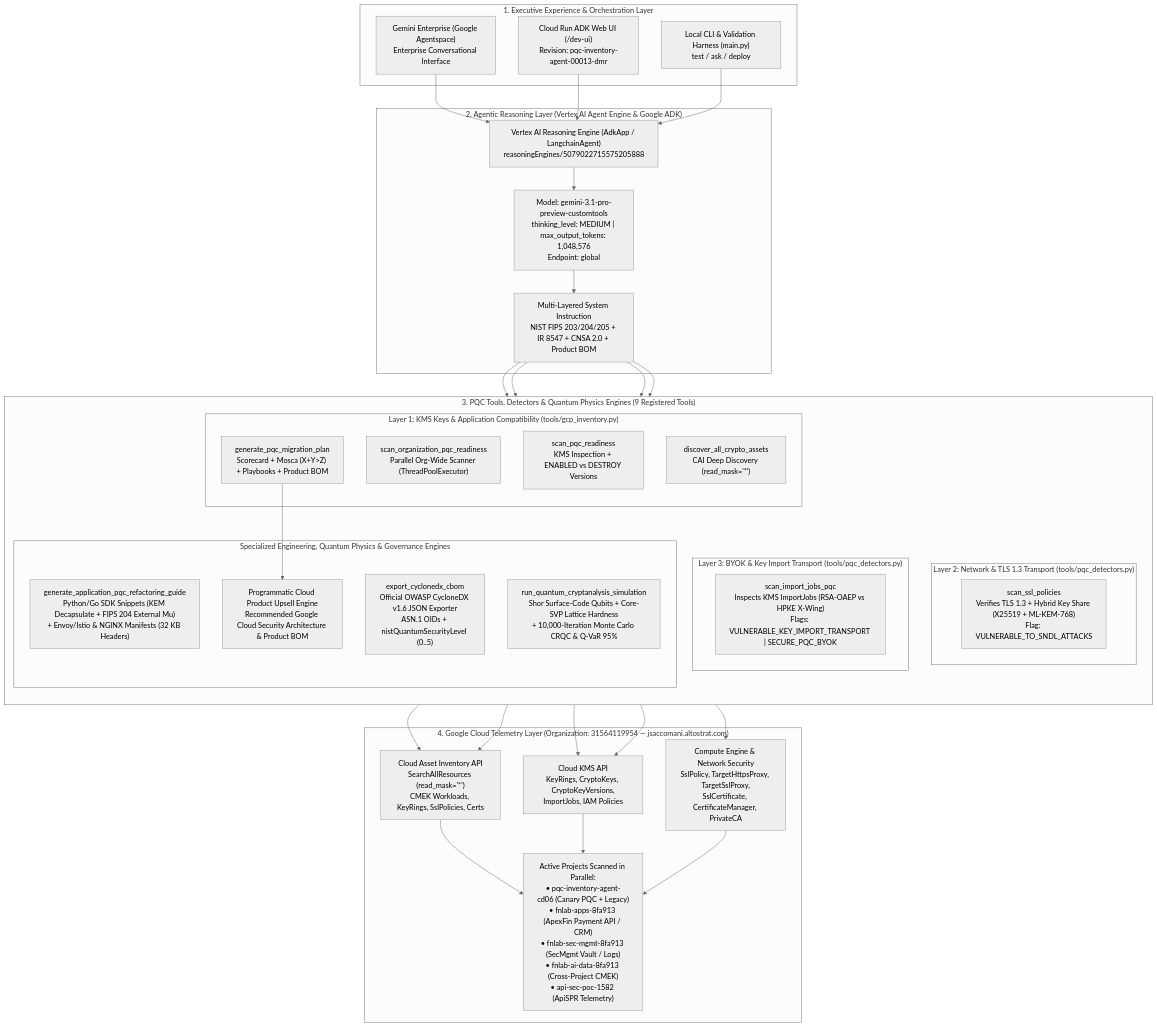
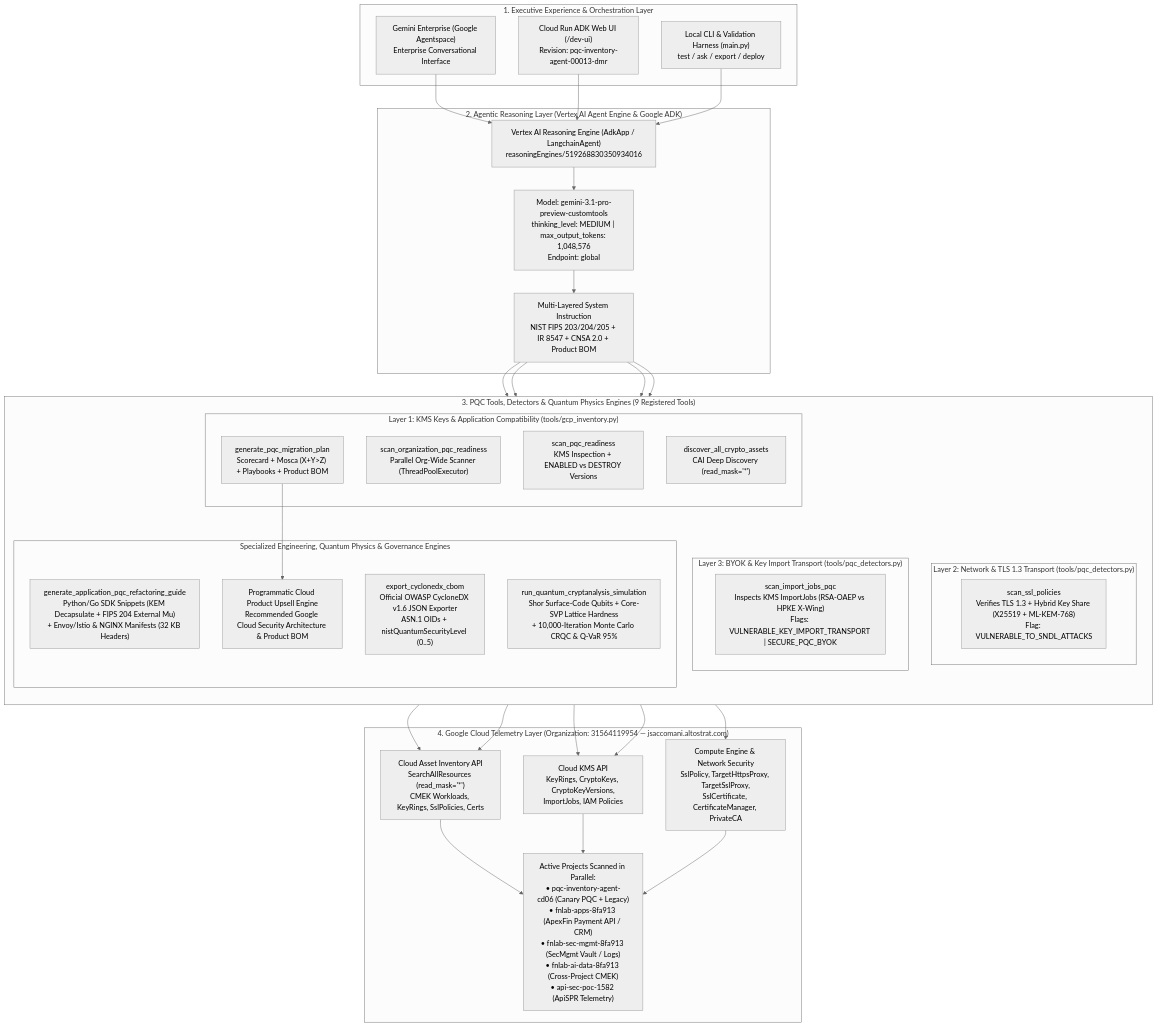
Before and after one commit to g-jsaccomani/pqc_inventory_agent: the first of 4 diagrams in README.md, drawn with Mermaid (neutral theme). The commit also changed other lines of this file and 18 other files, not shown here.

Commit message:
feat(pqc-agent): consultative step-by-step execution guide, deterministic scorecard validation, quantum simulation v2 & multi-format executive/technical report exporter

````diff
--- a/README.md
+++ b/README.md
@@ -35,67 +35,67 @@
 ```mermaid
 flowchart TB
     subgraph UX["1. Executive Experience & Orchestration Layer"]
         GE["Gemini Enterprise (Google Agentspace)<br/>Enterprise Conversational Interface"]
         CR["Cloud Run ADK Web UI (/dev-ui)<br/>Revision: pqc-inventory-agent-00013-dmr"]
-        CLI["Local CLI & Validation Harness (main.py)<br/>test / ask / deploy"]
+        CLI["Local CLI & Validation Harness (main.py)<br/>test / ask / export / deploy"]
     end
 
     subgraph BRAIN["2. Agentic Reasoning Layer (Vertex AI Agent Engine & Google ADK)"]
-        RE["Vertex AI Reasoning Engine (AdkApp / LangchainAgent)<br/>reasoningEngines/5079022715575205888"]
+        RE["Vertex AI Reasoning Engine (AdkApp / LangchainAgent)<br/>reasoningEngines/519268830350934016"]
         LLM["Model: gemini-3.1-pro-preview-customtools<br/>thinking_level: MEDIUM | max_output_tokens: 1,048,576<br/>Endpoint: global"]
         SYS["Multi-Layered System Instruction<br/>NIST FIPS 203/204/205 + IR 8547 + CNSA 2.0 + Product BOM"]
         RE --> LLM
         LLM --> SYS
     end
 
     subgraph TOOLS["3. PQC Tools, Detectors & Quantum Physics Engines (9 Registered Tools)"]
         direction TB
         subgraph L1["Layer 1: KMS Keys & Application Compatibility (tools/gcp_inventory.py)"]
             T1["scan_organization_pqc_readiness<br/>Parallel Org-Wide Scanner (ThreadPoolExecutor)"]
             T2["scan_pqc_readiness<br/>KMS Inspection + ENABLED vs DESTROY Versions"]
             T3["discover_all_crypto_assets<br/>CAI Deep Discovery (read_mask='*')"]
             T4["generate_pqc_migration_plan<br/>Scorecard + Mosca (X+Y>Z) + Playbooks + Product BOM"]
         end
 
         subgraph L2["Layer 2: Network & TLS 1.3 Transport (tools/pqc_detectors.py)"]
             T5["scan_ssl_policies<br/>Verifies TLS 1.3 + Hybrid Key Share (X25519 + ML-KEM-768)<br/>Flag: VULNERABLE_TO_SNDL_ATTACKS"]
         end
 
         subgraph L3["Layer 3: BYOK & Key Import Transport (tools/pqc_detectors.py)"]
             T6["scan_import_jobs_pqc<br/>Inspects KMS ImportJobs (RSA-OAEP vs HPKE X-Wing)<br/>Flags: VULNERABLE_KEY_IMPORT_TRANSPORT | SECURE_PQC_BYOK"]
         end
 
         subgraph ENGINES["Specialized Engineering, Quantum Physics & Governance Engines"]
             T7["generate_application_pqc_refactoring_guide<br/>Python/Go SDK Snippets (KEM Decapsulate + FIPS 204 External Mu)<br/>+ Envoy/Istio & NGINX Manifests (32 KB Headers)"]
             T8["export_cyclonedx_cbom<br/>Official OWASP CycloneDX v1.6 JSON Exporter<br/>ASN.1 OIDs + nistQuantumSecurityLevel (0..5)"]
             T9["run_quantum_cryptanalysis_simulation<br/>Shor Surface-Code Qubits + Core-SVP Lattice Hardness<br/>+ 10,000-Iteration Monte Carlo CRQC & Q-VaR 95%"]
             BOM["Programmatic Cloud Product Upsell Engine<br/>Recommended Google Cloud Security Architecture & Product BOM"]
         end
     end
 
     subgraph GCP["4. Google Cloud Telemetry Layer (Organization: 31564119954 — jsaccomani.altostrat.com)"]
         CAI["Cloud Asset Inventory API<br/>SearchAllResources (read_mask='*')<br/>CMEK Workloads, KeyRings, SslPolicies, Certs"]
         KMS["Cloud KMS API<br/>KeyRings, CryptoKeys, CryptoKeyVersions,<br/>ImportJobs, IAM Policies"]
         NET["Compute Engine & Network Security<br/>SslPolicy, TargetHttpsProxy, TargetSslProxy,<br/>SslCertificate, CertificateManager, PrivateCA"]
         PROJECTS["Active Projects Scanned in Parallel:<br/>• pqc-inventory-agent-cd06 (Canary PQC + Legacy)<br/>• fnlab-apps-8fa913 (ApexFin Payment API / CRM)<br/>• fnlab-sec-mgmt-8fa913 (SecMgmt Vault / Logs)<br/>• fnlab-ai-data-8fa913 (Cross-Project CMEK)<br/>• api-sec-poc-1582 (ApiSPR Telemetry)"]
     end
 
     GE --> RE
     CR --> RE
     CLI --> RE
 
     SYS --> L1
     SYS --> L2
     SYS --> L3
     SYS --> ENGINES
     T4 --> BOM
 
     L1 --> CAI
     L1 --> KMS
     L2 --> CAI
     L2 --> NET
     L3 --> KMS
     CAI --> PROJECTS
     KMS --> PROJECTS
     NET --> PROJECTS
 ```
````
